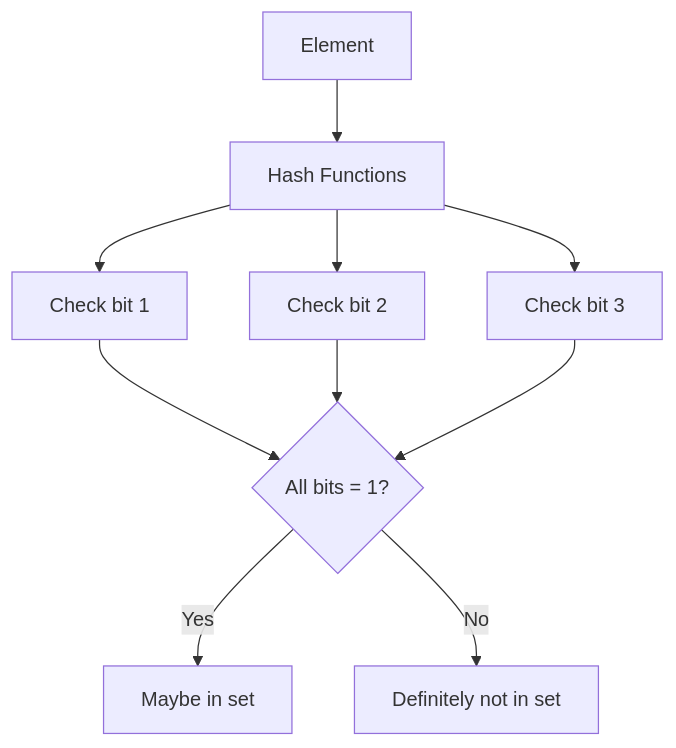
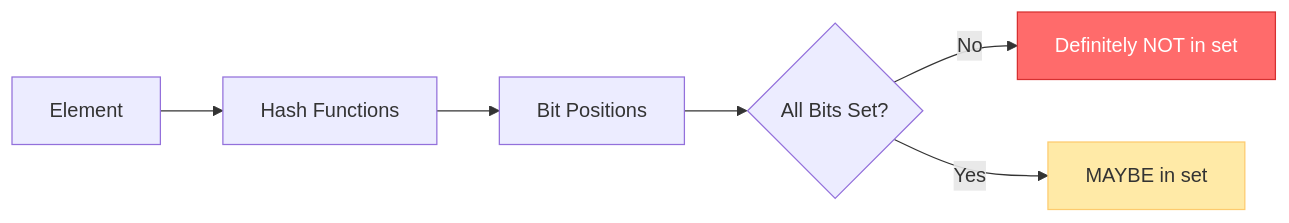
The first of 6 diagrams in docs/pattern-library/data-management/bloom-filter.md (deepaucksharma/DStudio), drawn with Mermaid before and after one commit. The commit also changed other lines of this file and 23 other files, not shown here.

````diff
--- a/docs/pattern-library/data-management/bloom-filter.md
+++ b/docs/pattern-library/data-management/bloom-filter.md
@@ -158,12 +85,11 @@
 ```mermaid
-graph TB
- E[Element] --> H[Hash Functions]
- H --> C1[Check bit 1]
- H --> C2[Check bit 2]
- H --> C3[Check bit 3]
- C1 --> R{All bits = 1?}
- C2 --> R
- C3 --> R
- R -->|Yes| M[Maybe in set]
- R -->|No| N[Definitely not in set]
+graph LR
+    A[Element] --> B[Hash Functions]
+    B --> C[Bit Positions]
+    C --> D{All Bits Set?}
+    D -->|No| E[Definitely NOT in set]
+    D -->|Yes| F[MAYBE in set]
+    
+    style E fill:#ff6b6b,stroke:#d63031,color:#fff
+    style F fill:#ffeaa7,stroke:#fdcb6e,color:#333
 ```
````
